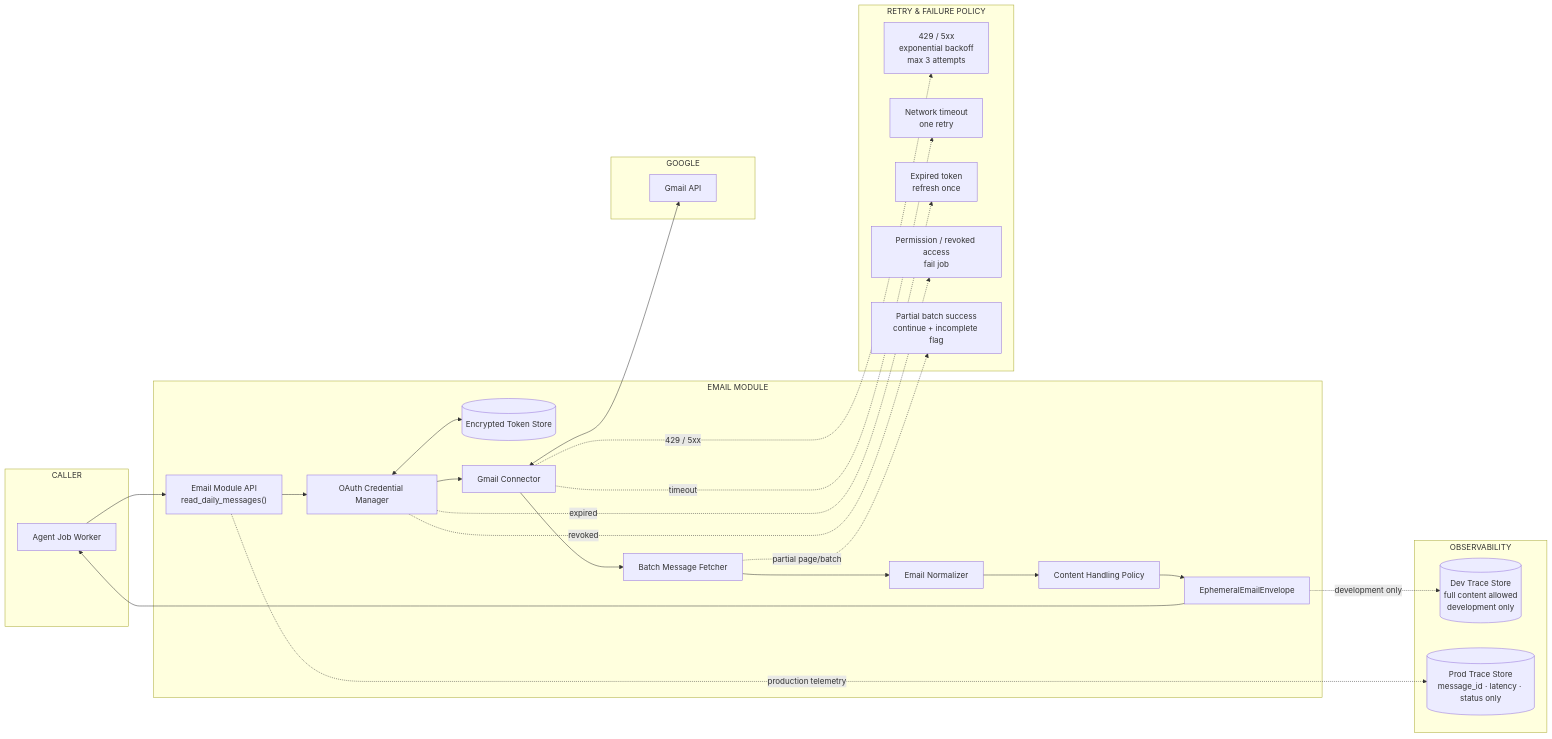
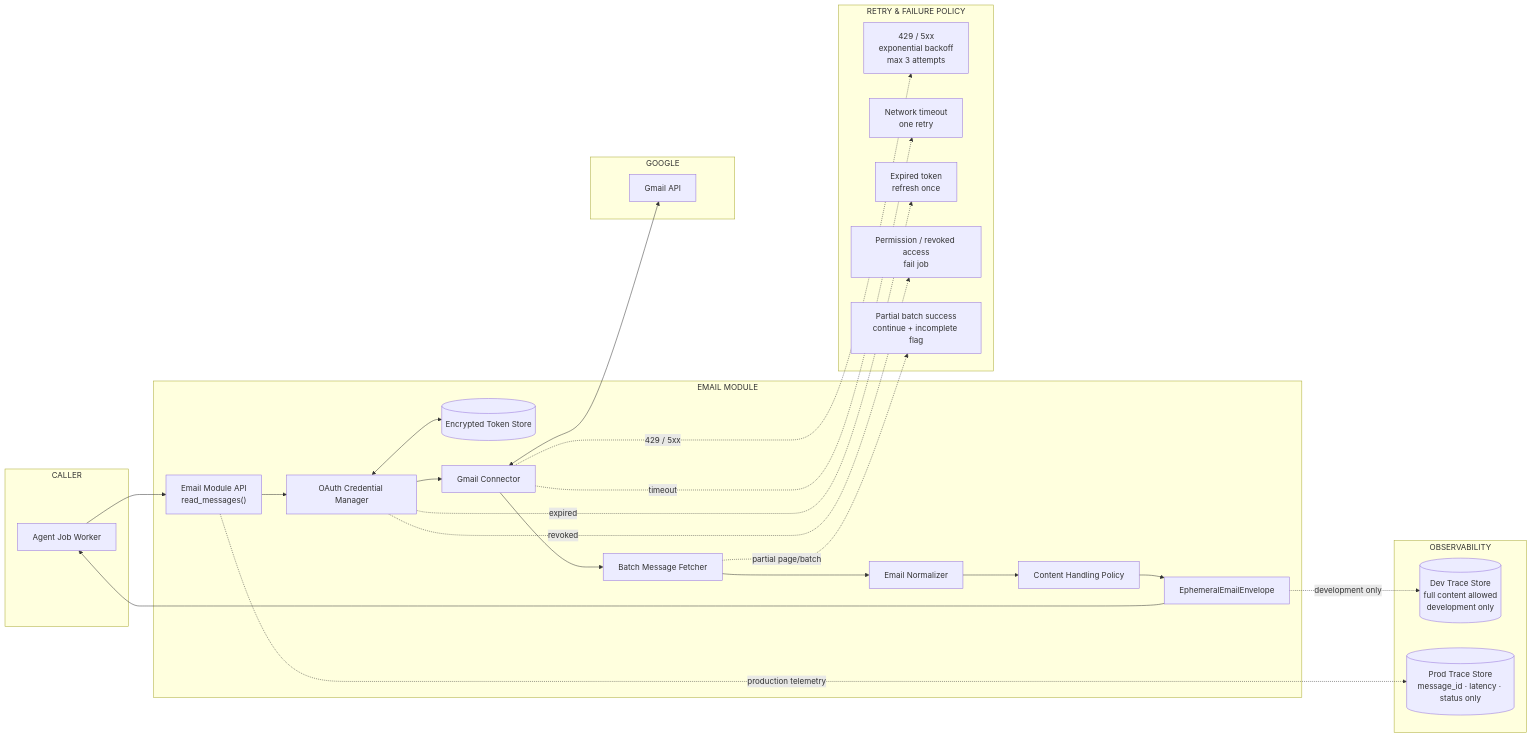
Before and after one commit to MathematicGuy/EMAIL-AGENT-v1: the second of 6 diagrams in docs/architectures/TARGET-ARCHITECTURE.md, drawn with Mermaid. The commit also changed other lines of this file and 13 other files, not shown here.

````diff
--- a/docs/architectures/TARGET-ARCHITECTURE.md
+++ b/docs/architectures/TARGET-ARCHITECTURE.md
@@ -234,55 +232,55 @@
 ```mermaid
 flowchart LR
 
     subgraph CALLER["CALLER"]
         JOB["Agent Job Worker"]
     end
 
     subgraph EMAIL["EMAIL MODULE"]
-        API["Email Module API<br/>read_daily_messages()"]
+        API["Email Module API<br/>read_messages()"]
         AUTH["OAuth Credential Manager"]
         TOKENS[("Encrypted Token Store")]
         CONNECTOR["Gmail Connector"]
         FETCH["Batch Message Fetcher"]
         NORMALIZER["Email Normalizer"]
         POLICY["Content Handling Policy"]
         RESULT["EphemeralEmailEnvelope"]
     end
 
     subgraph GOOGLE["GOOGLE"]
         GMAIL["Gmail API"]
     end
 
     subgraph RETRY["RETRY & FAILURE POLICY"]
         LIMIT["429 / 5xx<br/>exponential backoff<br/>max 3 attempts"]
         TIMEOUT["Network timeout<br/>one retry"]
         AUTHFAIL["Expired token<br/>refresh once"]
         PERMFAIL["Permission / revoked access<br/>fail job"]
         PARTIAL["Partial batch success<br/>continue + incomplete flag"]
     end
 
     subgraph TRACE["OBSERVABILITY"]
         DEVTRACE[("Dev Trace Store<br/>full content allowed<br/>development only")]
         PRODTRACE[("Prod Trace Store<br/>message_id · latency · status only")]
     end
 
     JOB --> API
     API --> AUTH
     AUTH <--> TOKENS
     AUTH --> CONNECTOR
     CONNECTOR <--> GMAIL
     CONNECTOR --> FETCH
     FETCH --> NORMALIZER
     NORMALIZER --> POLICY
     POLICY --> RESULT
     RESULT --> JOB
 
     CONNECTOR -. 429 / 5xx .-> LIMIT
     CONNECTOR -. timeout .-> TIMEOUT
     AUTH -. expired .-> AUTHFAIL
     AUTH -. revoked .-> PERMFAIL
     FETCH -. partial page/batch .-> PARTIAL
 
     RESULT -. development only .-> DEVTRACE
     API -. production telemetry .-> PRODTRACE
 ```
````
